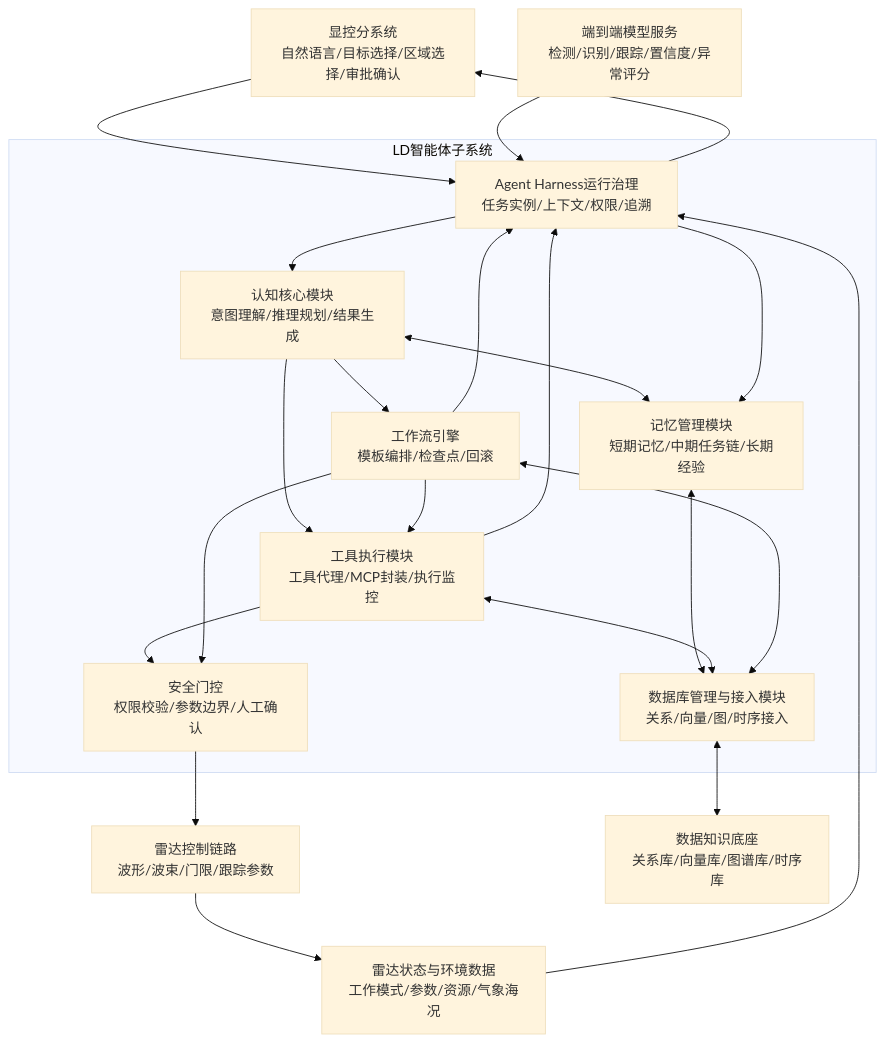
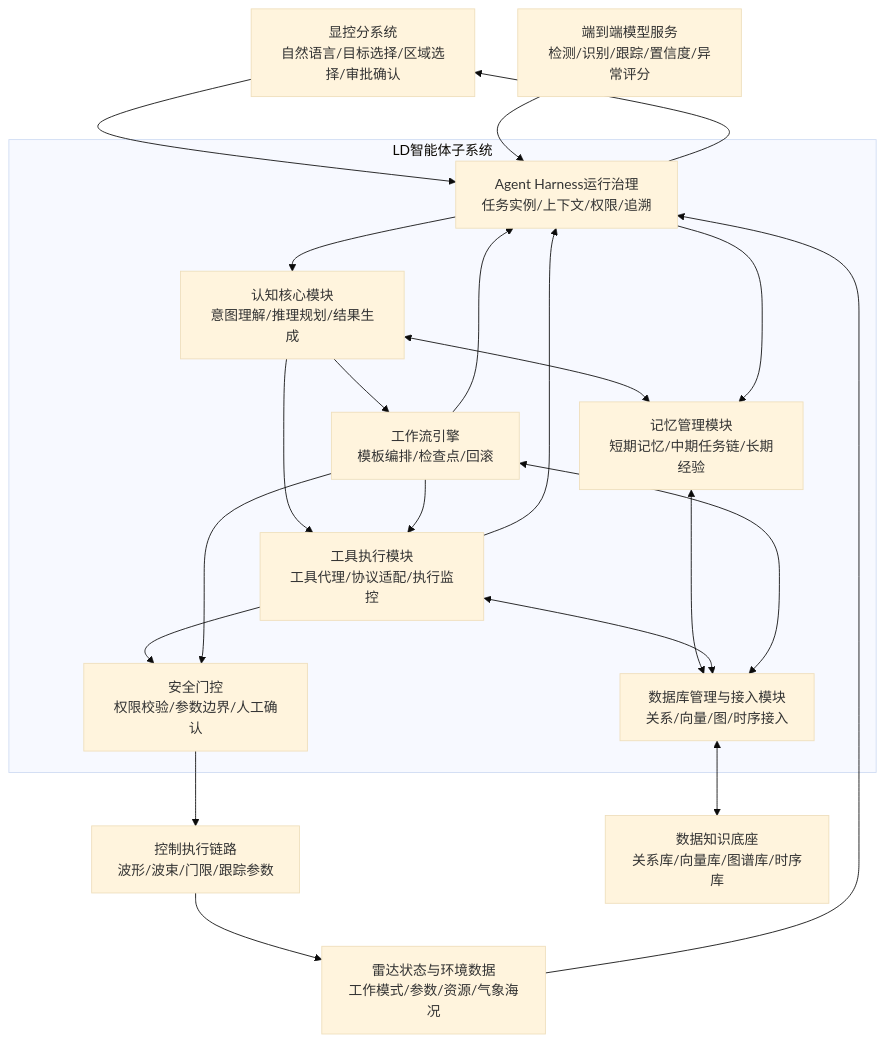
Before and after one commit to StormSeven1/obsidian-vault: the first of 7 diagrams in radar agent/4.3.3.2 LD智能体子系统技术方案.md, drawn with Mermaid (base theme). The commit also changed other lines of this file, not shown here.

````diff
--- a/radar agent/4.3.3.2 LD智能体子系统技术方案.md
+++ b/radar agent/4.3.3.2 LD智能体子系统技术方案.md
@@ -21,39 +21,39 @@
 ```mermaid
 graph TB
     HMI[显控分系统<br/>自然语言/目标选择/区域选择/审批确认]
     MODEL[端到端模型服务<br/>检测/识别/跟踪/置信度/异常评分]
     STATUS[雷达状态与环境数据<br/>工作模式/参数/资源/气象海况]
-    CONTROL[雷达控制链路<br/>波形/波束/门限/跟踪参数]
+    CONTROL[控制执行链路<br/>波形/波束/门限/跟踪参数]
     DATA[数据知识底座<br/>关系库/向量库/图谱库/时序库]
 
     subgraph AGENT[LD智能体子系统]
         HARNESS[Agent Harness运行治理<br/>任务实例/上下文/权限/追溯]
         COG[认知核心模块<br/>意图理解/推理规划/结果生成]
         MEM[记忆管理模块<br/>短期记忆/中期任务链/长期经验]
-        TOOL[工具执行模块<br/>工具代理/MCP封装/执行监控]
+        TOOL[工具执行模块<br/>工具代理/协议适配/执行监控]
         FLOW[工作流引擎<br/>模板编排/检查点/回滚]
         DB[数据库管理与接入模块<br/>关系/向量/图/时序接入]
         GUARD[安全门控<br/>权限校验/参数边界/人工确认]
     end
 
     HMI --> HARNESS
     MODEL --> HARNESS
     STATUS --> HARNESS
     HARNESS --> COG
     COG <--> MEM
     MEM <--> DB
     COG --> TOOL
     COG --> FLOW
     FLOW --> TOOL
     TOOL <--> DB
     FLOW <--> DB
     DB <--> DATA
     TOOL --> GUARD
     FLOW --> GUARD
     GUARD --> CONTROL
     CONTROL --> STATUS
     TOOL --> HARNESS
     FLOW --> HARNESS
     HARNESS --> HMI
     HARNESS --> MEM
 ```
````
